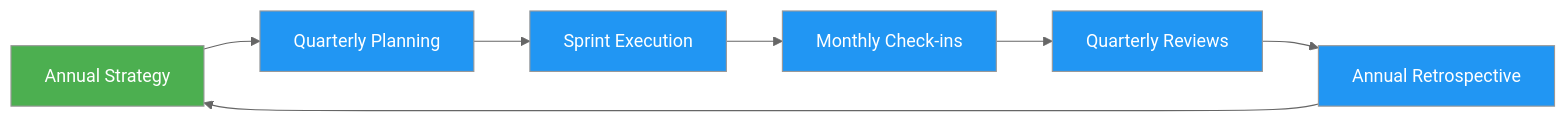
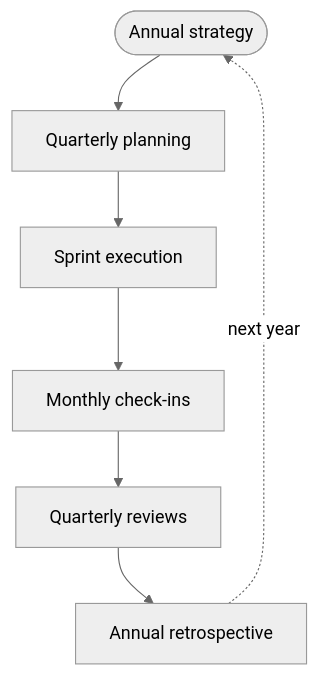
The diagram in docs/en/goals/company-goals.md (ultralytics/handbook), drawn with Mermaid (neutral theme) before and after one commit. The commit also changed 16 other files, not shown here.

Commit message:
Migrate handbook Mermaid diagrams to the unified design system (#363)

````diff
--- a/docs/en/goals/company-goals.md
+++ b/docs/en/goals/company-goals.md
@@ -67,12 +67,9 @@
 ```mermaid
-graph LR
-    A[Annual Strategy]:::start --> B[Quarterly Planning]:::proc
-    B --> C[Sprint Execution]:::proc
-    C --> D[Monthly Check-ins]:::proc
-    D --> E[Quarterly Reviews]:::proc
-    E --> F[Annual Retrospective]:::proc
-    F --> A
-
-    classDef start fill:#4CAF50,color:#fff
-    classDef proc fill:#2196F3,color:#fff
+flowchart TD
+    A([Annual strategy]) --> B[Quarterly planning]
+    B --> C[Sprint execution]
+    C --> D[Monthly check-ins]
+    D --> E[Quarterly reviews]
+    E --> F[Annual retrospective]
+    F -.->|next year| A
 ```
````
